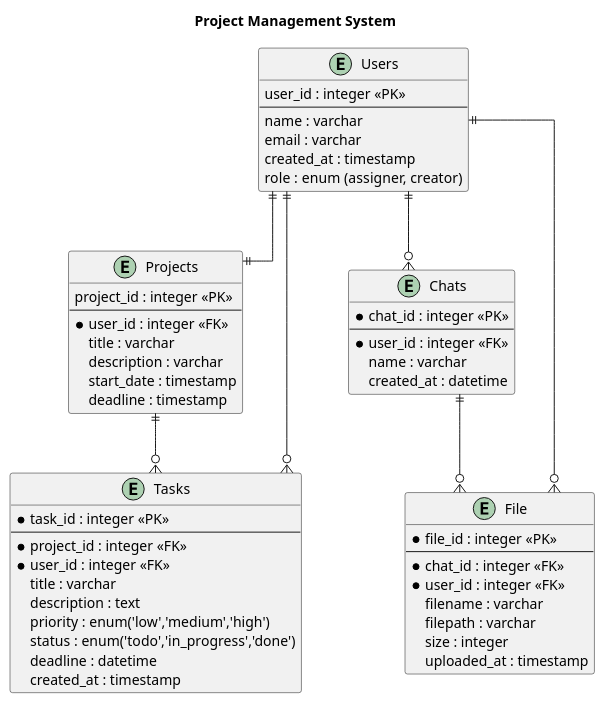
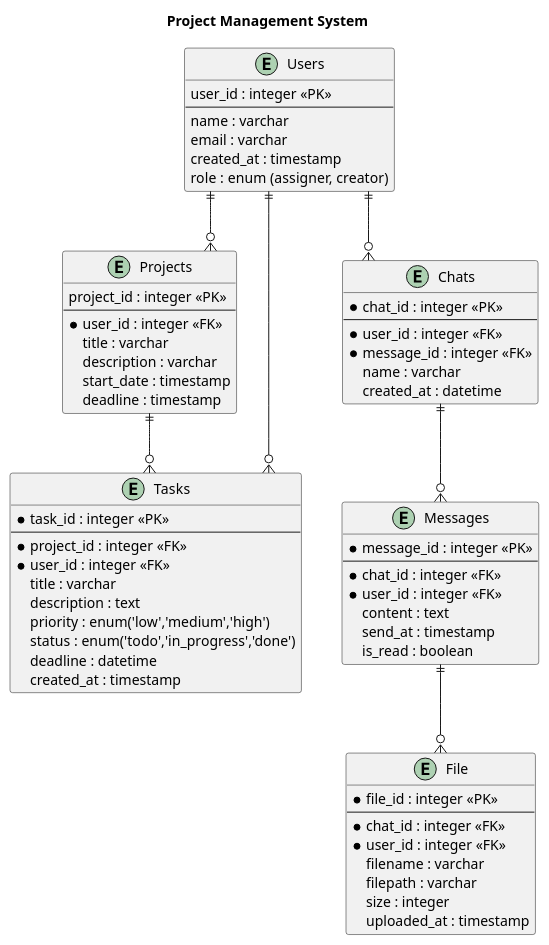
One commit to Ksenia530/Practice changed the diagram in ER_Practice.puml. Above: the diagram before and after it, drawn with PlantUML.

Commit message:
ERDiaChange

```diff
--- a/ER_Practice.puml
+++ b/ER_Practice.puml
@@ -1,68 +1,77 @@
 @startuml
 title Project Management System 
 skinparam linetype ortho
 
 entity "Users" as e01 {
   user_id : integer <<PK>>
   --
   name : varchar
   email : varchar
   created_at : timestamp
   role : enum (assigner, creator)
 }
 
 
 entity "Projects" as e02 {
   project_id : integer <<PK>>
   --
   *user_id : integer <<FK>>
   title : varchar
   description : varchar
   start_date : timestamp
   deadline : timestamp
 }
 
 entity "Tasks" as e03 {
   *task_id : integer <<PK>>
   --
   *project_id : integer <<FK>>
   *user_id : integer <<FK>>
   title : varchar
   description : text
   priority : enum('low','medium','high')
   status : enum('todo','in_progress','done')
   deadline : datetime
   created_at : timestamp
 }
 
 entity "Chats" as e04 {
   *chat_id : integer <<PK>>
   --
   *user_id : integer <<FK>>
+  *message_id : integer <<FK>>
   name : varchar
   created_at : datetime
 }
 
 entity "File" as e05 {
   *file_id : integer <<PK>>
   --
   *chat_id : integer <<FK>>
   *user_id : integer <<FK>>
   filename : varchar
   filepath : varchar
   size : integer
   uploaded_at : timestamp
 }
 
+entity "Messages" as e06 {
+  *message_id : integer <<PK>>
+  --
+  *chat_id : integer <<FK>>
+  *user_id : integer <<FK>>
+  content : text
+  send_at : timestamp
+  is_read : boolean
+}
 
 
 
-
-e01 ||--|| e02
-e04 ||--o{ e05
+e01 ||--o{ e02
+e04 ||--o{ e06
 e02 ||--o{ e03
 e01 ||--o{ e04
-e01 ||--o{ e05
+e06 ||--o{ e05
 e01 ||--o{ e03
 
 @enduml
```
